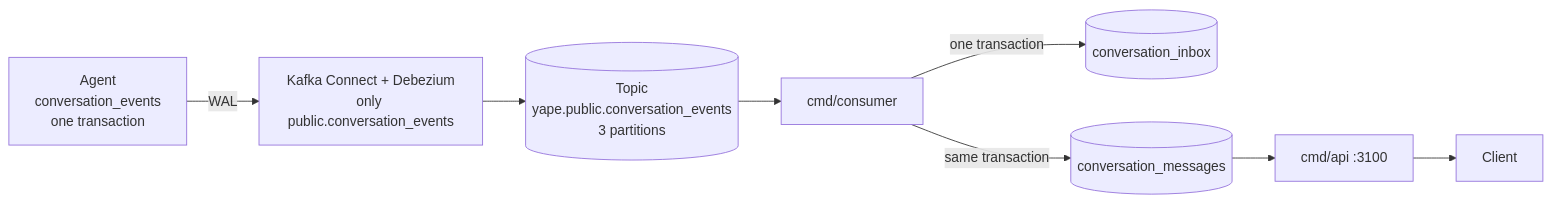
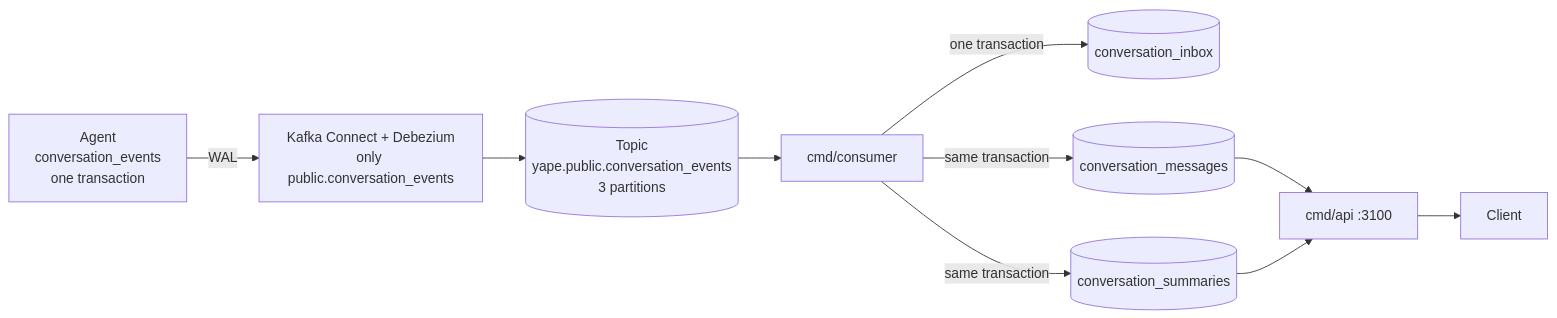
One commit to m-almeida-p/ms-ml-conv-history-bs changed the diagram in README.md. Above: the diagram before and after it, drawn with Mermaid. The commit also changed other lines of this file and 3 other files, not shown here.

First line of the commit message:
docs: describe the conversation summaries, the position cursor and the request deadline

````diff
--- a/README.md
+++ b/README.md
@@ -10,10 +10,12 @@
 ```mermaid
 flowchart LR
     A["Agent<br/>conversation_events<br/>one transaction"] -->|"WAL"| D["Kafka Connect + Debezium<br/>only public.conversation_events"]
     D --> K[("Topic<br/>yape.public.conversation_events<br/>3 partitions")]
     K --> C["cmd/consumer"]
     C -->|"one transaction"| I[("conversation_inbox")]
     C -->|"same transaction"| M[("conversation_messages")]
+    C -->|"same transaction"| S[("conversation_summaries")]
     M --> H["cmd/api :3100"]
+    S --> H
     H --> U["Client"]
 ```
````
